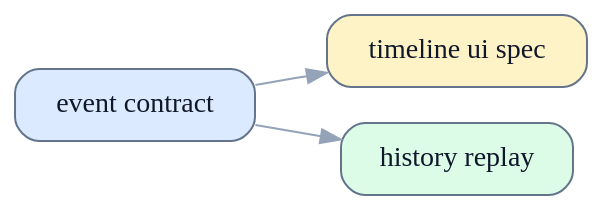
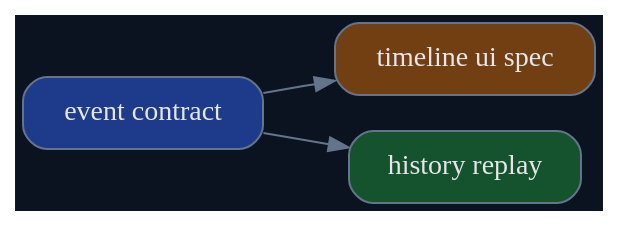
The diagram in skills/write-doc/modes/contract/templates/contract-overview-readme-template.md (terencefan/inority-workspace), drawn with Graphviz before and after one commit. The commit also changed 45 other files, not shown here.

````diff
--- a/skills/write-doc/modes/contract/templates/contract-overview-readme-template.md
+++ b/skills/write-doc/modes/contract/templates/contract-overview-readme-template.md
@@ -19,15 +19,15 @@
 ```dot
 digraph ContractReadOrder {
   rankdir=LR;
-  graph [bgcolor="transparent"];
-  node [shape=box, style="rounded,filled", color="#64748b", fontcolor="#0f172a", fillcolor="#f8fafc"];
-  edge [color="#94a3b8", fontcolor="#94a3b8"];
+  graph [bgcolor="#0b1220"];
+  node [shape=box, style="rounded,filled", color="#64748b", fontcolor="#e5e7eb", fillcolor="#0f172a"];
+  edge [color="#64748b", fontcolor="#64748b"];
 
-  contract [label="event contract", fillcolor="#dbeafe"];
-  ui [label="timeline ui spec", fillcolor="#fef3c7"];
-  replay [label="history replay", fillcolor="#dcfce7"];
+  contract [label="event contract", fillcolor="#1e3a8a"];
+  ui [label="timeline ui spec", fillcolor="#713f12"];
+  replay [label="history replay", fillcolor="#14532d"];
 
   contract -> ui;
   contract -> replay;
 }
 ```
````
